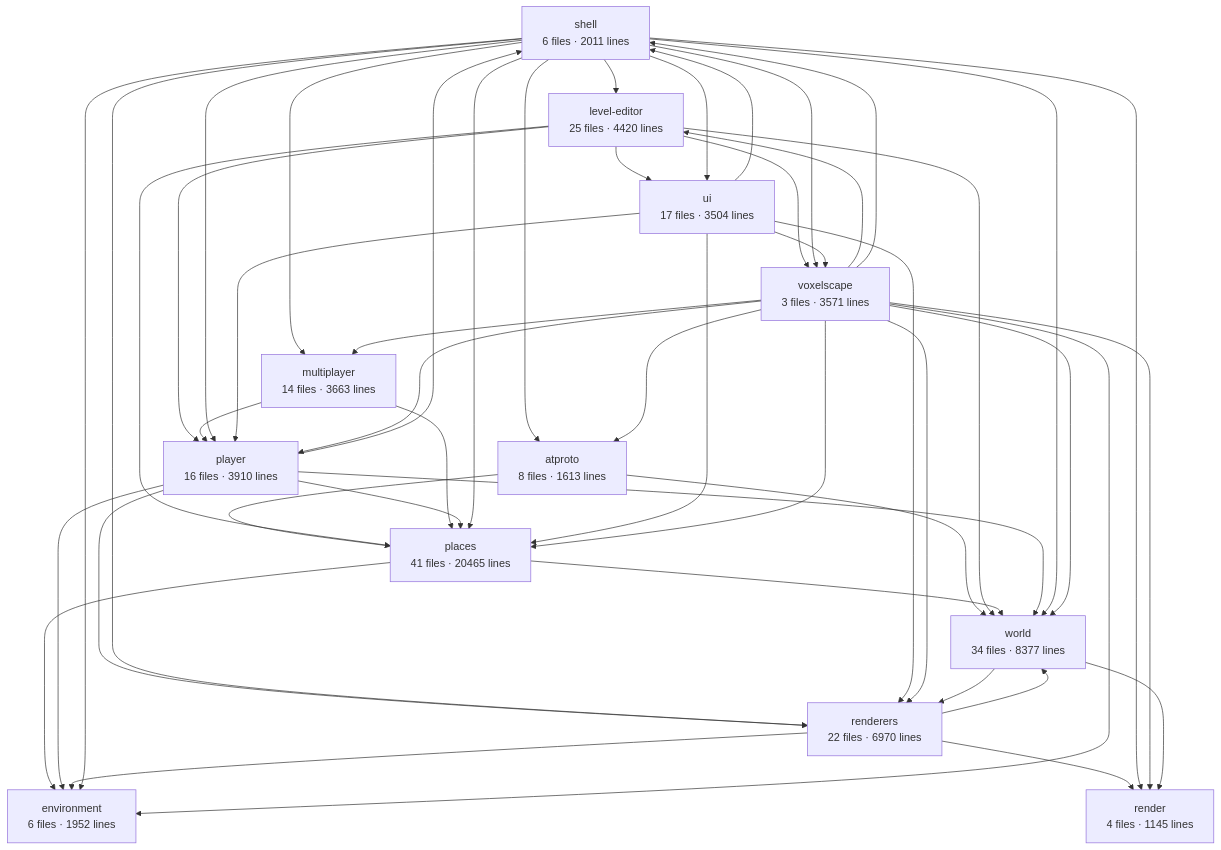
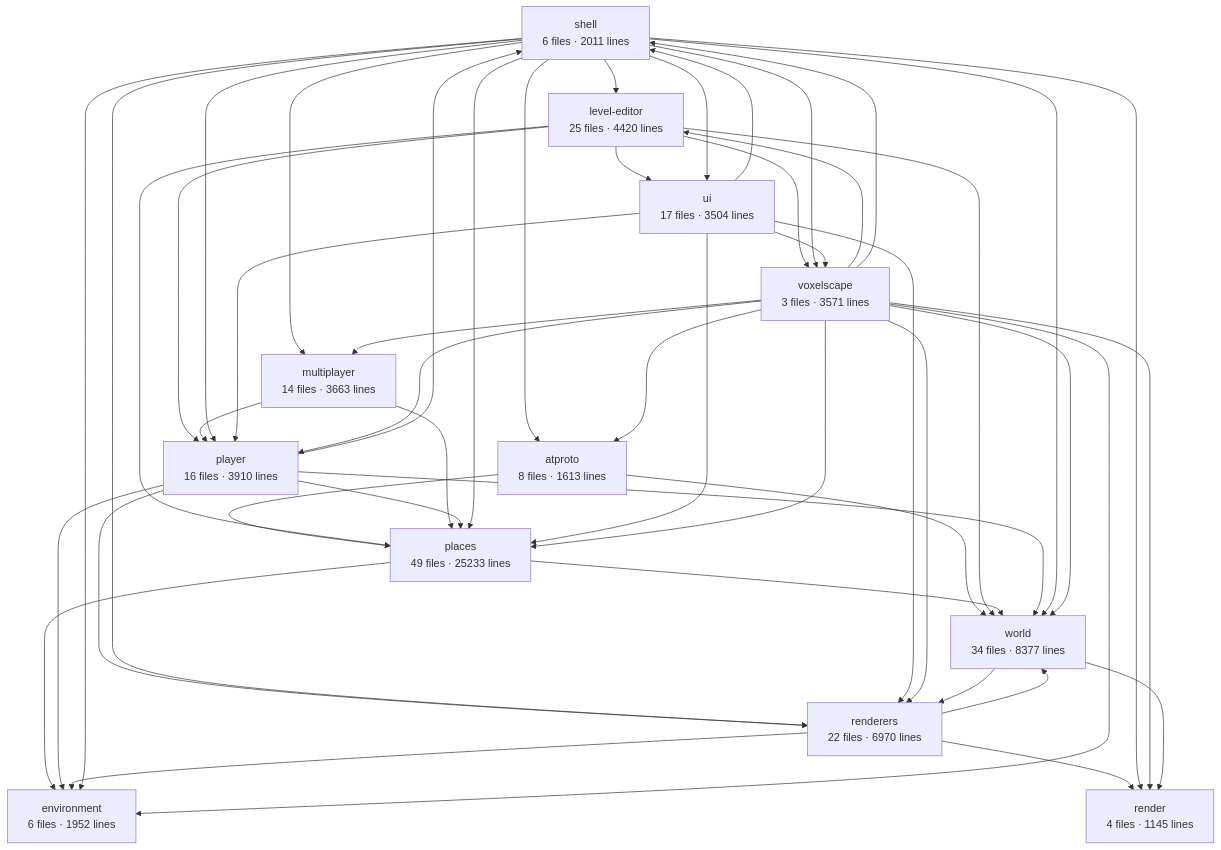
Before and after one commit to big-mesh-studios/big-mesh-studios: the diagram in apps/voxelscape/docs/architecture.md, drawn with Mermaid. The commit also changed other lines of this file and 33 other files, not shown here.

````diff
--- a/apps/voxelscape/docs/architecture.md
+++ b/apps/voxelscape/docs/architecture.md
@@ -6,62 +6,62 @@
 ```mermaid
 graph TD
   shell["shell<br/>6 files · 2011 lines"]
   voxelscape["voxelscape<br/>3 files · 3571 lines"]
   world["world<br/>34 files · 8377 lines"]
   renderers["renderers<br/>22 files · 6970 lines"]
   render["render<br/>4 files · 1145 lines"]
   player["player<br/>16 files · 3910 lines"]
   multiplayer["multiplayer<br/>14 files · 3663 lines"]
-  places["places<br/>41 files · 20465 lines"]
+  places["places<br/>49 files · 25233 lines"]
   environment["environment<br/>6 files · 1952 lines"]
   atproto["atproto<br/>8 files · 1613 lines"]
   ui["ui<br/>17 files · 3504 lines"]
   level-editor["level-editor<br/>25 files · 4420 lines"]
   atproto --> places
   atproto --> world
   level-editor --> places
   level-editor --> player
   level-editor --> ui
   level-editor --> voxelscape
   level-editor --> world
   multiplayer --> places
   multiplayer --> player
   places --> environment
   places --> world
   player --> environment
   player --> places
   player --> renderers
   player --> shell
   player --> world
   renderers --> environment
   renderers --> render
   renderers --> world
   shell --> atproto
   shell --> environment
   shell --> level-editor
   shell --> multiplayer
   shell --> places
   shell --> player
   shell --> render
   shell --> renderers
   shell --> ui
   shell --> voxelscape
   shell --> world
   ui --> places
   ui --> player
   ui --> renderers
   ui --> shell
   ui --> voxelscape
   voxelscape --> atproto
   voxelscape --> environment
   voxelscape --> level-editor
   voxelscape --> multiplayer
   voxelscape --> places
   voxelscape --> player
   voxelscape --> render
   voxelscape --> renderers
   voxelscape --> shell
   voxelscape --> world
   world --> render
   world --> renderers
 ```
````
